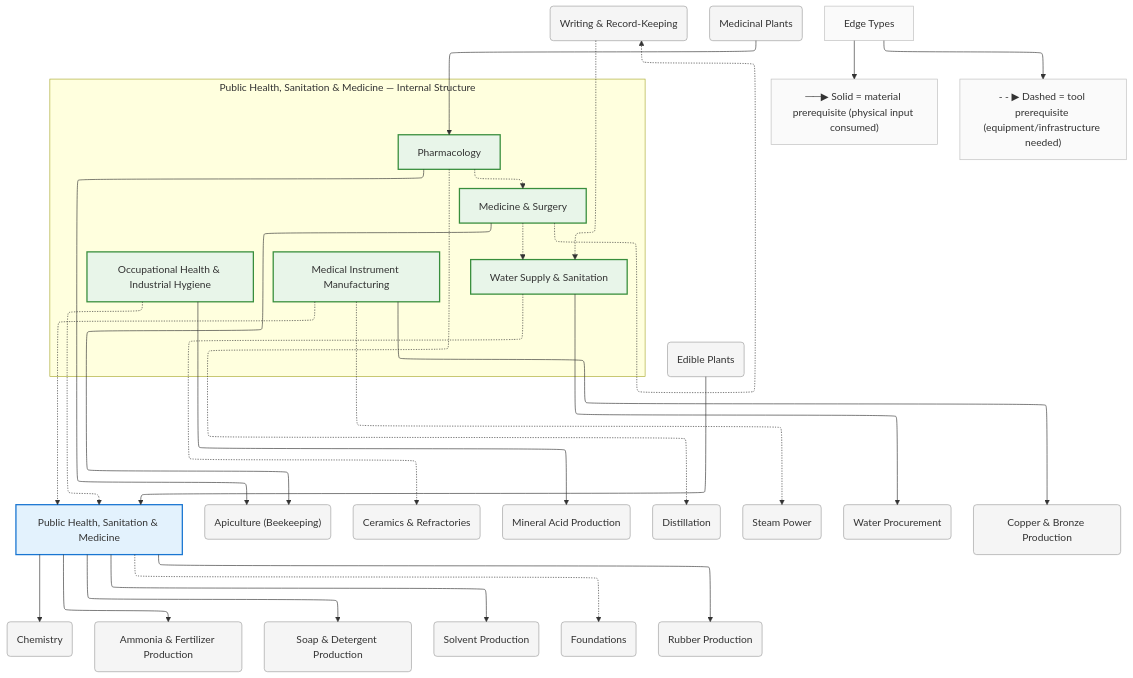
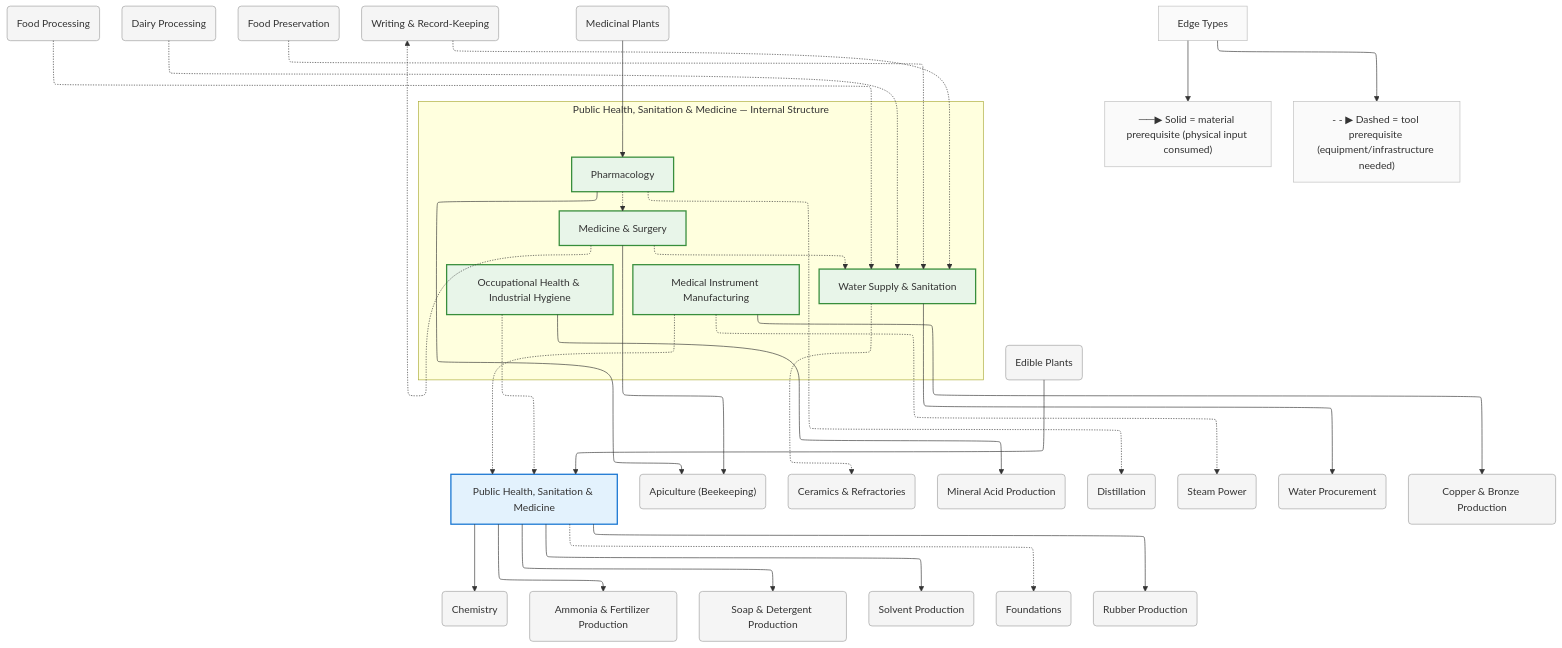
The diagram in diagrams/mermaid/health.mmd (egofree/TechTree), drawn with Mermaid before and after one commit. The commit also changed 47 other files, not shown here.

First line of the commit message:
feat(domains): populate 5 stub domains — construction, defense, food-processing, marine, telecom

```diff
--- a/diagrams/mermaid/health.mmd
+++ b/diagrams/mermaid/health.mmd
@@ -1,96 +1,105 @@
 %%{init: {"flowchart": {"defaultRenderer": "elk", "htmlLabels": true}}}%%
 graph TD
     %% Domain: Public Health, Sanitation & Medicine
 
     %% ==================== INTERNAL NODES ====================
     subgraph health_internal ["Public Health, Sanitation & Medicine — Internal Structure"]
         direction TB
         health_sanitation["Water Supply & Sanitation"]
         health_medicine["Medicine & Surgery"]
         health_pharmacology["Pharmacology"]
         health_occupational-health["Occupational Health & Industrial Hygiene"]
         health_medical-instruments["Medical Instrument Manufacturing"]
     end
 
     %% ==================== DOMAIN NODE ====================
     health["Public Health, Sanitation & Medicine"]
 
     %% ==================== EXTERNAL DEPENDENCIES ====================
     animals_beekeeping("Apiculture (Beekeeping)")
     ceramics("Ceramics & Refractories")
     chemistry("Chemistry")
     chemistry_acids("Mineral Acid Production")
     chemistry_ammonia("Ammonia & Fertilizer Production")
     chemistry_distillation("Distillation")
     chemistry_soap("Soap & Detergent Production")
     chemistry_solvents("Solvent Production")
     energy_steam-power("Steam Power")
+    food-processing("Food Processing")
+    food-processing_dairy("Dairy Processing")
+    food-processing_preservation("Food Preservation")
     foundations("Foundations")
     foundations_water-procurement("Water Procurement")
     knowledge_writing("Writing & Record-Keeping")
     metals_copper-bronze("Copper & Bronze Production")
     plants_edible-plants("Edible Plants")
     plants_medicinal-plants("Medicinal Plants")
     polymers_rubber("Rubber Production")
 
     %% ==================== EDGES ====================
     health_medicine -.-> health_sanitation
     health_pharmacology -.-> health_medicine
     health_occupational-health -.-> health
     health_medical-instruments -.-> health
     health -.-> foundations
     health --> chemistry
     health_sanitation -.-> ceramics
     health_medicine -.-> knowledge_writing
     health_pharmacology -.-> chemistry_distillation
     health --> polymers_rubber
     knowledge_writing -.-> health_sanitation
     plants_edible-plants --> health
     plants_medicinal-plants --> health_pharmacology
     health --> chemistry_ammonia
     health --> chemistry_soap
     health --> chemistry_solvents
     health_pharmacology --> animals_beekeeping
     health_medicine --> animals_beekeeping
     health_sanitation --> foundations_water-procurement
     health_occupational-health --> chemistry_acids
     health_medical-instruments --> metals_copper-bronze
     health_medical-instruments -.-> energy_steam-power
+    food-processing -.-> health_sanitation
+    food-processing_dairy -.-> health_sanitation
+    food-processing_preservation -.-> health_sanitation
 
     %% ==================== EDGE TYPE LEGEND ====================
     EdgeLegend["Edge Types"]
     EdgeLegend --> MatNote["──▶ Solid = material prerequisite (physical input consumed)"]
     EdgeLegend --> ToolNote["- - ▶ Dashed = tool prerequisite (equipment/infrastructure needed)"]
 
     %% ==================== STYLING ====================
     classDef domain fill:#e3f2fd,stroke:#1976d2,stroke-width:2px
     classDef capability fill:#e8f5e9,stroke:#388e3c,stroke-width:2px
     classDef process fill:#fff3e0,stroke:#f57c00,stroke-width:2px
     classDef critical fill:#fff3e0,stroke:#f57c00,stroke-width:3px
     classDef earlyWin fill:#e8f5e9,stroke:#388e3c,stroke-width:3px
     classDef pinnacle fill:#fce4ec,stroke:#c62828,stroke-width:3px
     classDef external fill:#f5f5f5,stroke:#9e9e9e,stroke-width:1px
     classDef legend fill:#fafafa,stroke:#bdbdbd,stroke-width:1px
     class health domain
     class health_sanitation capability
     class health_medicine capability
     class health_pharmacology capability
     class health_occupational-health capability
     class health_medical-instruments capability
     class animals_beekeeping external
     class ceramics external
     class chemistry external
     class chemistry_acids external
     class chemistry_ammonia external
     class chemistry_distillation external
     class chemistry_soap external
     class chemistry_solvents external
     class energy_steam-power external
+    class food-processing external
+    class food-processing_dairy external
+    class food-processing_preservation external
     class foundations external
     class foundations_water-procurement external
     class knowledge_writing external
     class metals_copper-bronze external
     class plants_edible-plants external
     class plants_medicinal-plants external
     class polymers_rubber external
     class EdgeLegend,MatNote,ToolNote legend
```
